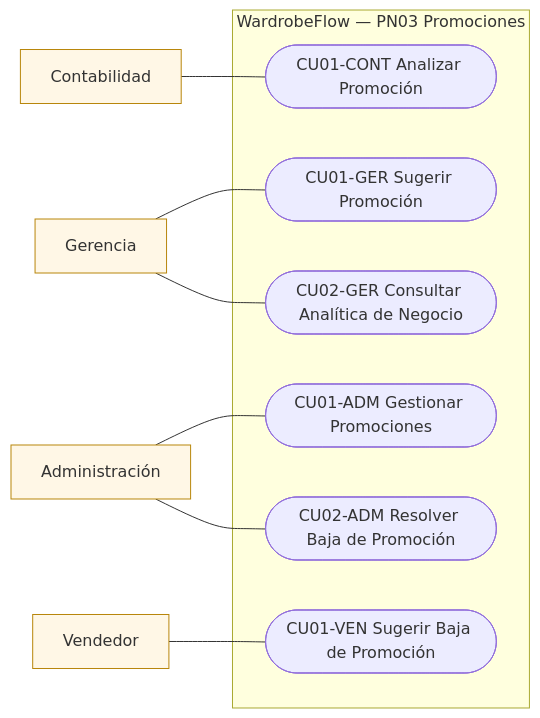
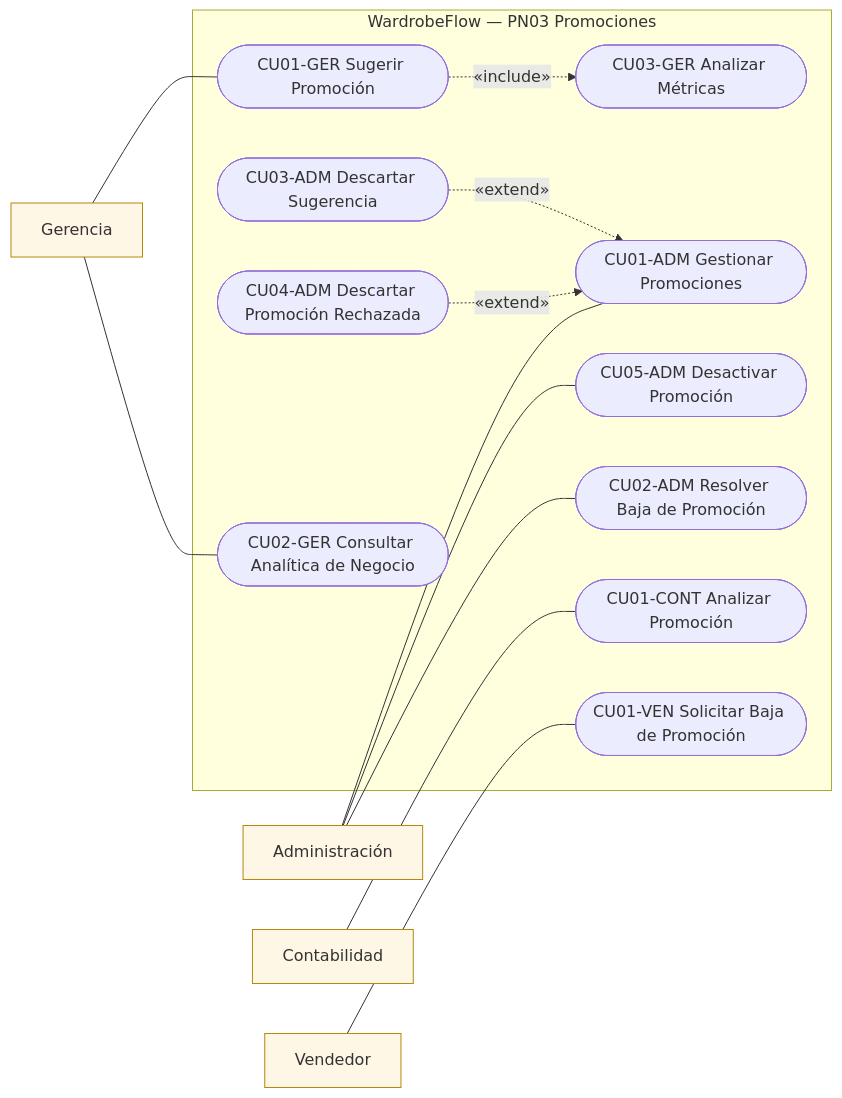
Before and after one commit to valentinamorana/Trabajo-de-Diploma: the diagram in docs/diagramas/mermaid/CU_pn03_promociones.mmd, drawn with Mermaid. The commit also changed 99 other files, not shown here.

```diff
--- a/docs/diagramas/mermaid/CU_pn03_promociones.mmd
+++ b/docs/diagramas/mermaid/CU_pn03_promociones.mmd
@@ -1,20 +1,28 @@
 flowchart LR
   G["Gerencia"]:::actor
   A["Administración"]:::actor
   K["Contabilidad"]:::actor
   V["Vendedor"]:::actor
   subgraph SIS["WardrobeFlow — PN03 Promociones"]
     c1(["CU01-GER Sugerir Promoción"])
+    c7(["CU03-GER Analizar Métricas"])
     c2(["CU01-ADM Gestionar Promociones"])
+    c8(["CU03-ADM Descartar Sugerencia"])
+    c9(["CU04-ADM Descartar Promoción Rechazada"])
+    c10(["CU05-ADM Desactivar Promoción"])
     c3(["CU01-CONT Analizar Promoción"])
-    c4(["CU01-VEN Sugerir Baja de Promoción"])
+    c4(["CU01-VEN Solicitar Baja de Promoción"])
     c5(["CU02-ADM Resolver Baja de Promoción"])
     c6(["CU02-GER Consultar Analítica de Negocio"])
   end
   G --- c1
   A --- c2
+  A --- c10
   K --- c3
   V --- c4
   A --- c5
   G --- c6
+  c1 -. "«include»" .-> c7
+  c8 -. "«extend»" .-> c2
+  c9 -. "«extend»" .-> c2
   classDef actor fill:#fff7e6,stroke:#b8860b
```
